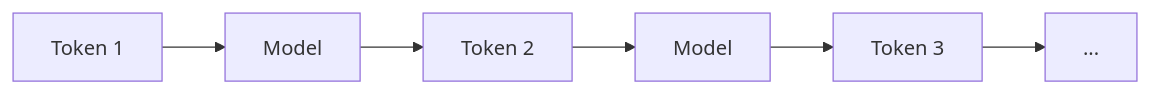
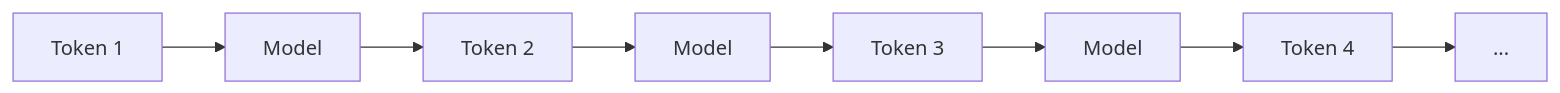
The first of 37 diagrams in lab0.2/README.md (Shahriarin2garden/vllm_from_scratch), drawn with Mermaid before and after one commit. The commit also changed other lines of this file, not shown here.

Commit message:
Refactor diagrams in README.md for improved clarity and detail

````diff
--- a/lab0.2/README.md
+++ b/lab0.2/README.md
@@ -80,6 +80,7 @@
 ```mermaid
 graph LR
     A[Token 1] --> B[Model] --> C[Token 2]
     C --> D[Model] --> E[Token 3]
-    E --> F[...]
+    E --> F[Model] --> G[Token 4]
+    G --> H[...]
 ```
````
